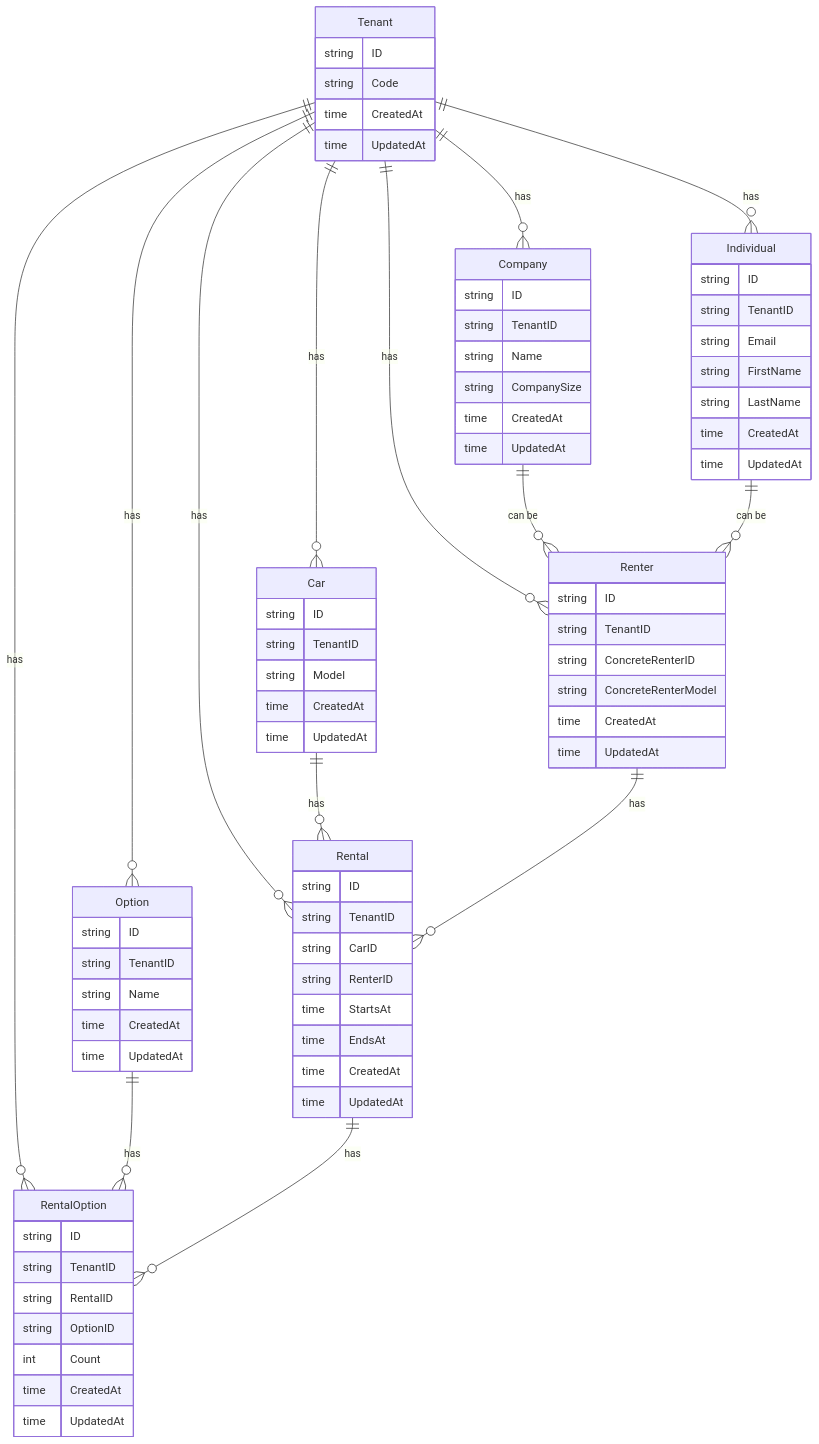
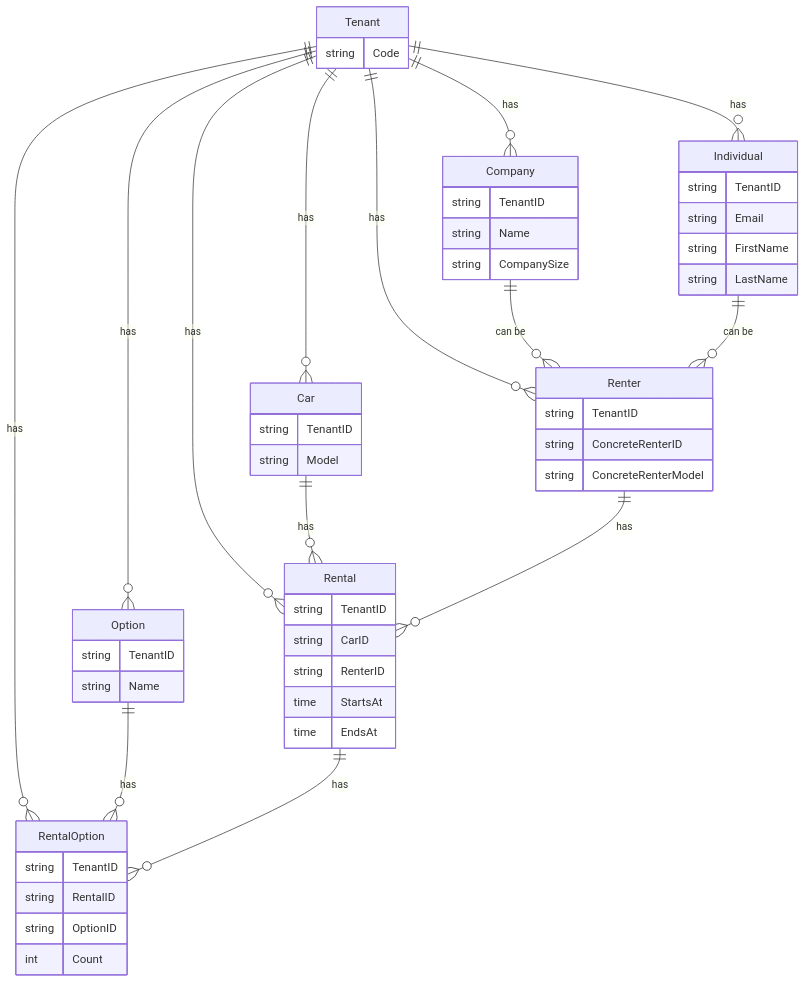
One commit to jp-ryuji/go-arch-patterns changed the diagram in docs/er-diagram.md. Above: the diagram before and after it, drawn with Mermaid. The commit also changed other lines of this file, not shown here.

Commit message:
remove ID, CreatedAt, and UpdatedAt columns from ER diagram

````diff
--- a/docs/er-diagram.md
+++ b/docs/er-diagram.md
@@ -27,74 +29,50 @@
     Rental ||--o{ RentalOption : has
 
     Tenant {
-        string ID
         string Code
-        time CreatedAt
-        time UpdatedAt
     }
 
     Car {
-        string ID
         string TenantID
         string Model
-        time CreatedAt
-        time UpdatedAt
     }
 
     Company {
-        string ID
         string TenantID
         string Name
         string CompanySize
-        time CreatedAt
-        time UpdatedAt
     }
 
     Individual {
-        string ID
         string TenantID
         string Email
         string FirstName
         string LastName
-        time CreatedAt
-        time UpdatedAt
     }
 
     Renter {
-        string ID
         string TenantID
         string ConcreteRenterID
         string ConcreteRenterModel
-        time CreatedAt
-        time UpdatedAt
     }
 
     Rental {
-        string ID
         string TenantID
         string CarID
         string RenterID
         time StartsAt
         time EndsAt
-        time CreatedAt
-        time UpdatedAt
     }
 
     Option {
-        string ID
         string TenantID
         string Name
-        time CreatedAt
-        time UpdatedAt
     }
 
     RentalOption {
-        string ID
         string TenantID
         string RentalID
         string OptionID
         int Count
-        time CreatedAt
-        time UpdatedAt
     }
 ```
````
